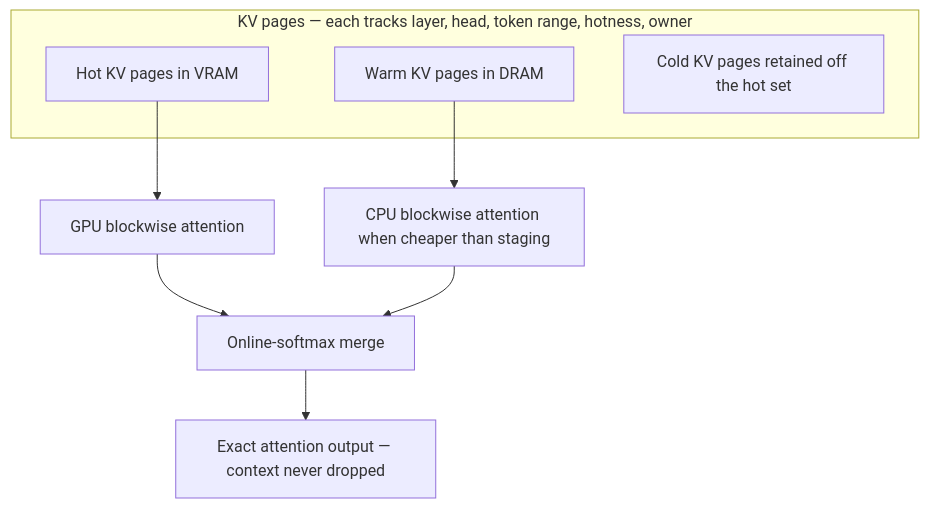
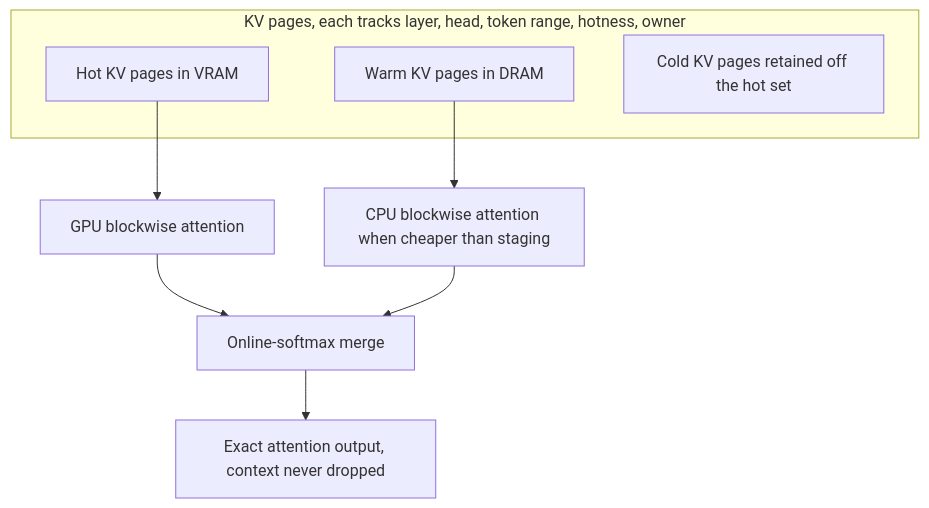
Before and after one commit to dacely-cloud/nerva: the sixth of 8 diagrams in README.md, drawn with Mermaid. The commit also changed other lines of this file, not shown here.

````diff
--- a/README.md
+++ b/README.md
@@ -224,13 +236,13 @@
 ```mermaid
 flowchart TB
-    subgraph PAGES["KV pages — each tracks layer, head, token range, hotness, owner"]
+    subgraph PAGES["KV pages, each tracks layer, head, token range, hotness, owner"]
         HOTKV["Hot KV pages in VRAM"]
         WARMKV["Warm KV pages in DRAM"]
         COLDKV["Cold KV pages retained off the hot set"]
     end
     HOTKV --> AG["GPU blockwise attention"]
     WARMKV --> AC["CPU blockwise attention when cheaper than staging"]
     AG --> MERGE["Online-softmax merge"]
     AC --> MERGE
-    MERGE --> OUT["Exact attention output — context never dropped"]
+    MERGE --> OUT["Exact attention output, context never dropped"]
 ```
````
